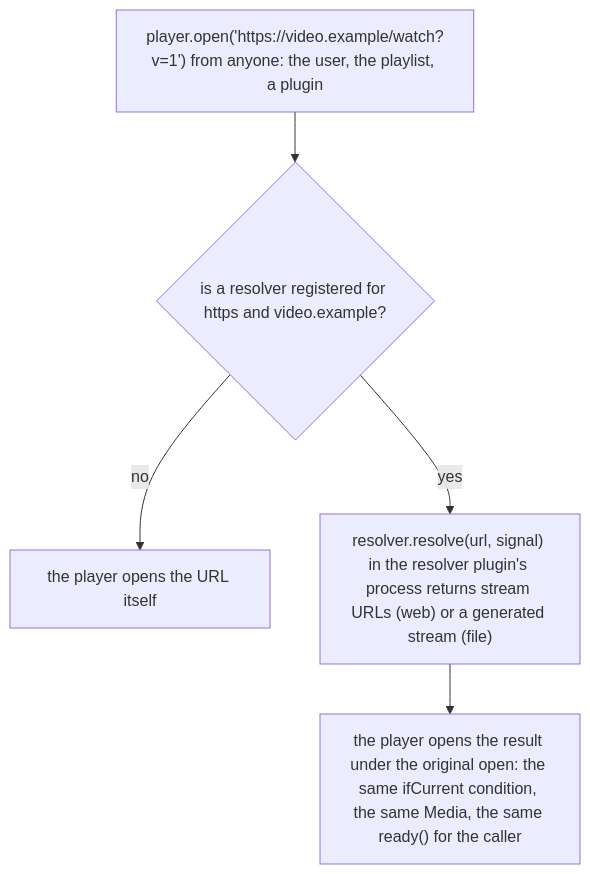
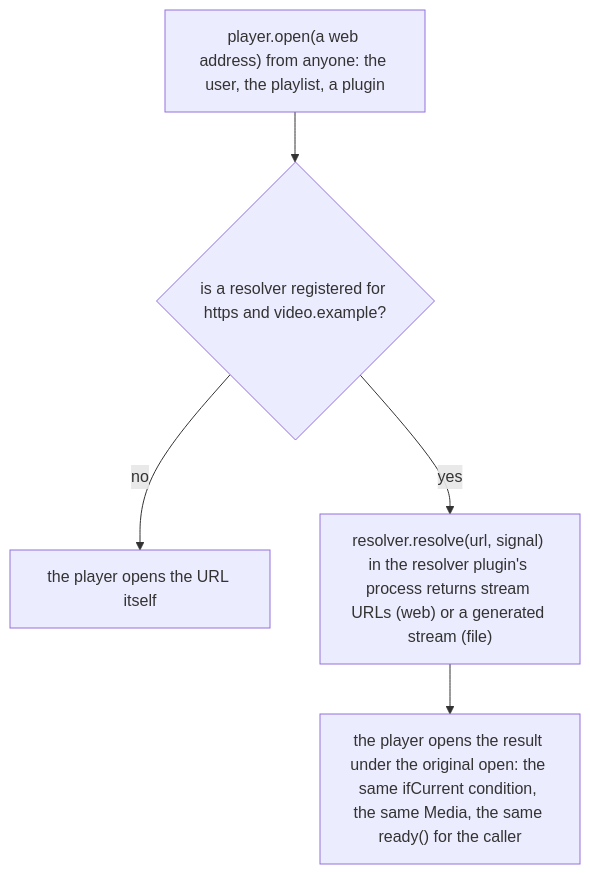
Before and after one commit to vestrasys/vestra-player-sdk: the third of 3 diagrams in docs/explanation/playback.md, drawn with Mermaid. The commit also changed other lines of this file and 6 other files, not shown here.

First line of the commit message:
Docs: no link syntax in Mermaid labels (checked); playback state diagram draws open/close from any state once

````diff
--- a/docs/explanation/playback.md
+++ b/docs/explanation/playback.md
@@ -107,12 +102,12 @@
 ```mermaid
 flowchart TB
-    O["player.open('https://video.example/watch?v=1') from anyone: the user, the playlist, a plugin"]
+    O["player.open(a web address) from anyone: the user, the playlist, a plugin"]
     Q{"is a resolver registered for https and video.example?"}
     SELF["the player opens the URL itself"]
     R["resolver.resolve(url, signal) in the resolver plugin's process returns stream URLs (web) or a generated stream (file)"]
     RES["the player opens the result under the original open: the same ifCurrent condition, the same Media, the same ready() for the caller"]
     O --> Q
     Q -- "no" --> SELF
     Q -- "yes" --> R
     R --> RES
 ```
````
